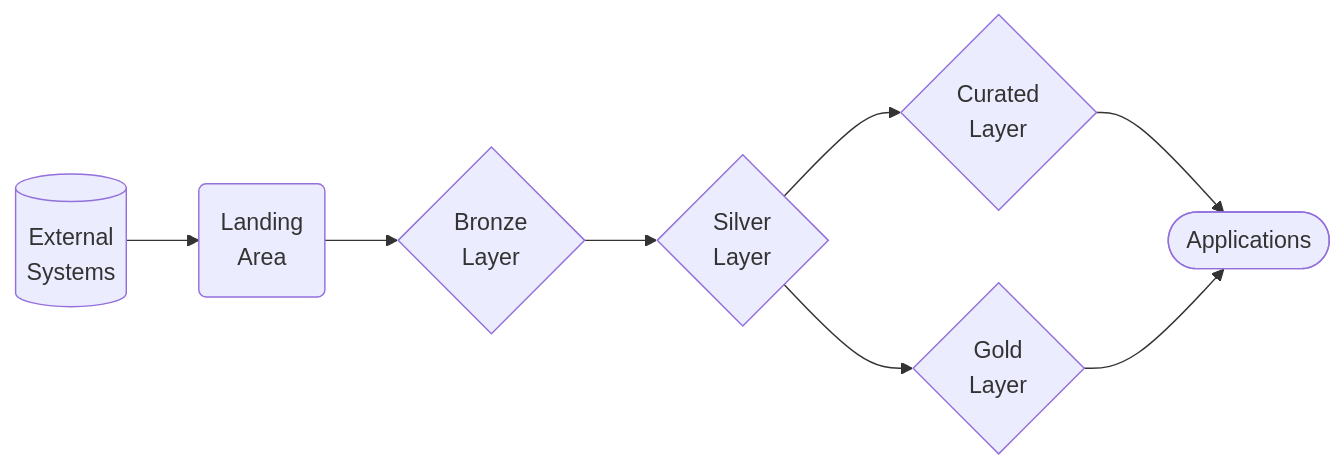
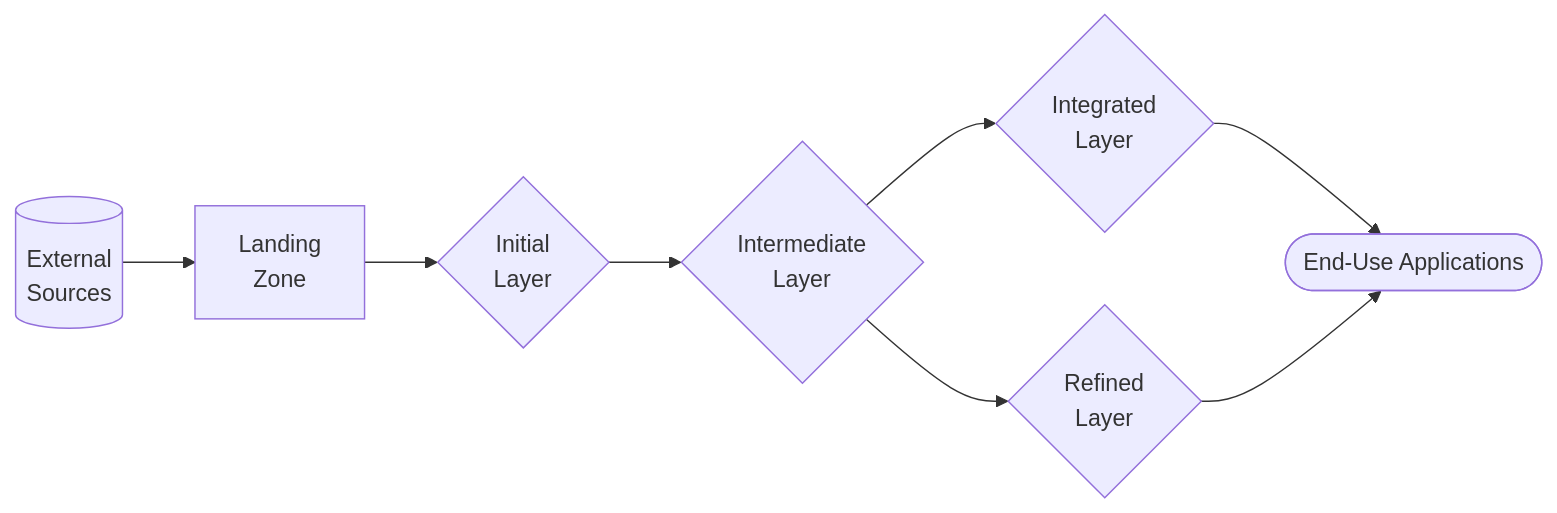
One commit to mgorav/MedallionArchitecture changed the fourth of 18 diagrams in readme.md. Above: the diagram before and after it, drawn with Mermaid. The commit also changed other lines of this file and 1 other file, not shown here.

````diff
--- a/readme.md
+++ b/readme.md
@@ -75,9 +70,9 @@
 ```mermaid
 graph LR
-L[(External <br> Systems)] --> A(Landing <br> Area)  
-A --> B{Bronze <br> Layer}
-B --> C{Silver <br> Layer}  
-C --> D{Curated <br> Layer}
-C --> E{Gold <br> Layer} 
-D & E --> F([Applications])
+L[(External <br> Sources)] --> A[Landing <br> Zone]  
+A --> B{Initial <br> Layer}
+B --> C{Intermediate <br> Layer}  
+C --> D{Integrated <br> Layer}
+C --> E{Refined <br> Layer} 
+D & E --> F([End-Use Applications])
 ```
````
